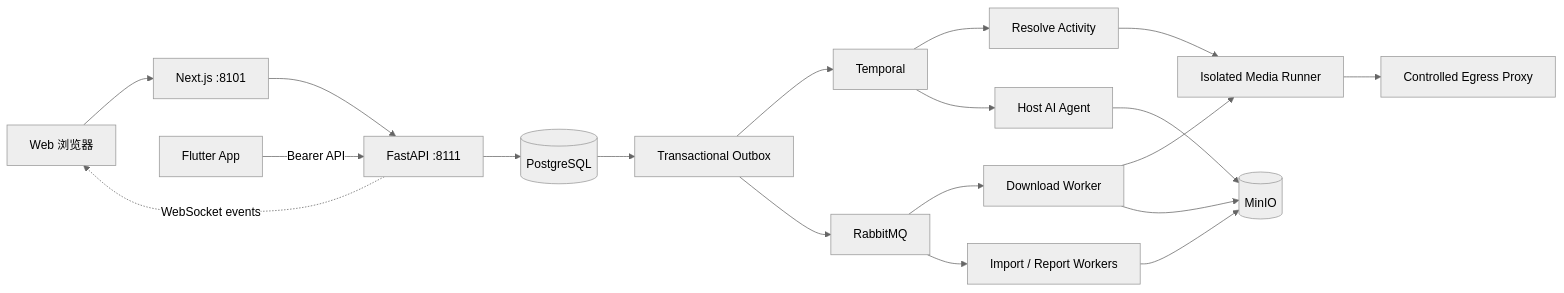
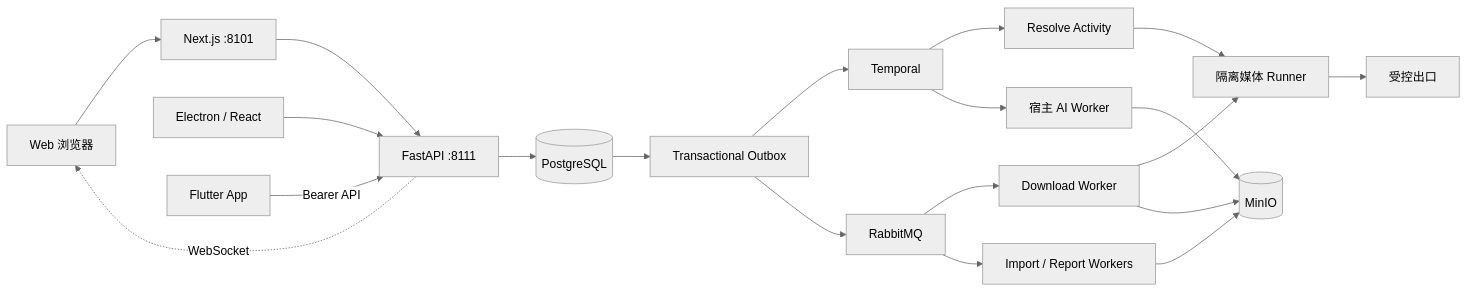
One commit to StephenQiu30/framefetch changed the diagram in README.md. Above: the diagram before and after it, drawn with Mermaid (neutral theme). The commit also changed other lines of this file and 5 other files, not shown here.

````diff
--- a/README.md
+++ b/README.md
@@ -275,21 +308,22 @@
 ```mermaid
 flowchart LR
   Browser[Web 浏览器] --> Frontend[Next.js :8101]
   Frontend --> API[FastAPI :8111]
+  Desktop[Electron / React] --> API
   App[Flutter App] -->|Bearer API| API
   API --> DB[(PostgreSQL)]
   DB --> Outbox[Transactional Outbox]
   Outbox --> Temporal[Temporal]
   Temporal --> Resolve[Resolve Activity]
   Resolve --> Runner
   Outbox --> MQ[RabbitMQ]
   MQ --> Download[Download Worker]
   MQ --> Documents[Import / Report Workers]
-  Download --> Runner[Isolated Media Runner]
-  Runner --> Proxy[Controlled Egress Proxy]
+  Download --> Runner[隔离媒体 Runner]
+  Runner --> Proxy[受控出口]
   Download --> Storage[(MinIO)]
   Documents --> Storage
-  Temporal --> HostAI[Host AI Agent]
+  Temporal --> HostAI[宿主 AI Worker]
   HostAI --> Storage
-  API -. WebSocket events .-> Browser
+  API -. WebSocket .-> Browser
 ```
````
